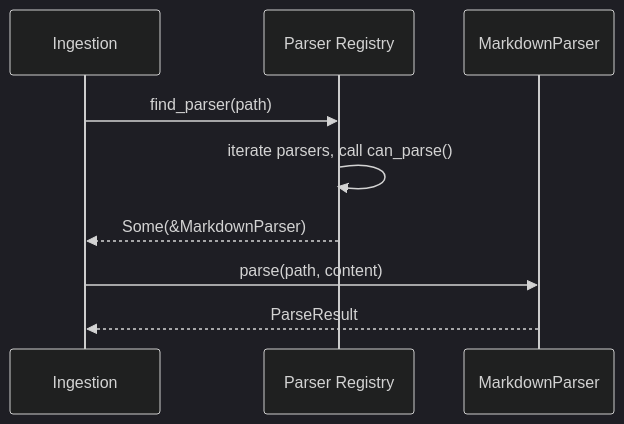
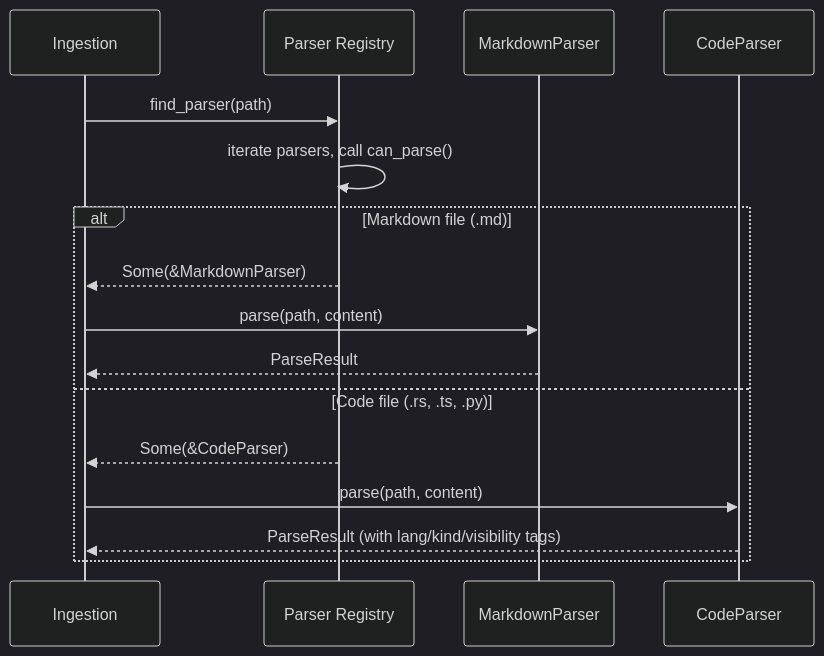
The first of 4 diagrams in docs/architecture/003-contracts.md (locusd-ai/locus), drawn with Mermaid (dark theme) before and after one commit. The commit also changed other lines of this file and 5 other files, not shown here.

````diff
--- a/docs/architecture/003-contracts.md
+++ b/docs/architecture/003-contracts.md
@@ -173,12 +173,19 @@
 ```mermaid
 sequenceDiagram
     participant I as Ingestion
     participant PR as Parser Registry
-    participant P as MarkdownParser
+    participant PM as MarkdownParser
+    participant PC as CodeParser
 
     I->>PR: find_parser(path)
     PR->>PR: iterate parsers, call can_parse()
-    PR-->>I: Some(&MarkdownParser)
-    I->>P: parse(path, content)
-    P-->>I: ParseResult
+    alt Markdown file (.md)
+        PR-->>I: Some(&MarkdownParser)
+        I->>PM: parse(path, content)
+        PM-->>I: ParseResult
+    else Code file (.rs, .ts, .py)
+        PR-->>I: Some(&CodeParser)
+        I->>PC: parse(path, content)
+        PC-->>I: ParseResult (with lang/kind/visibility tags)
+    end
 ```
````
